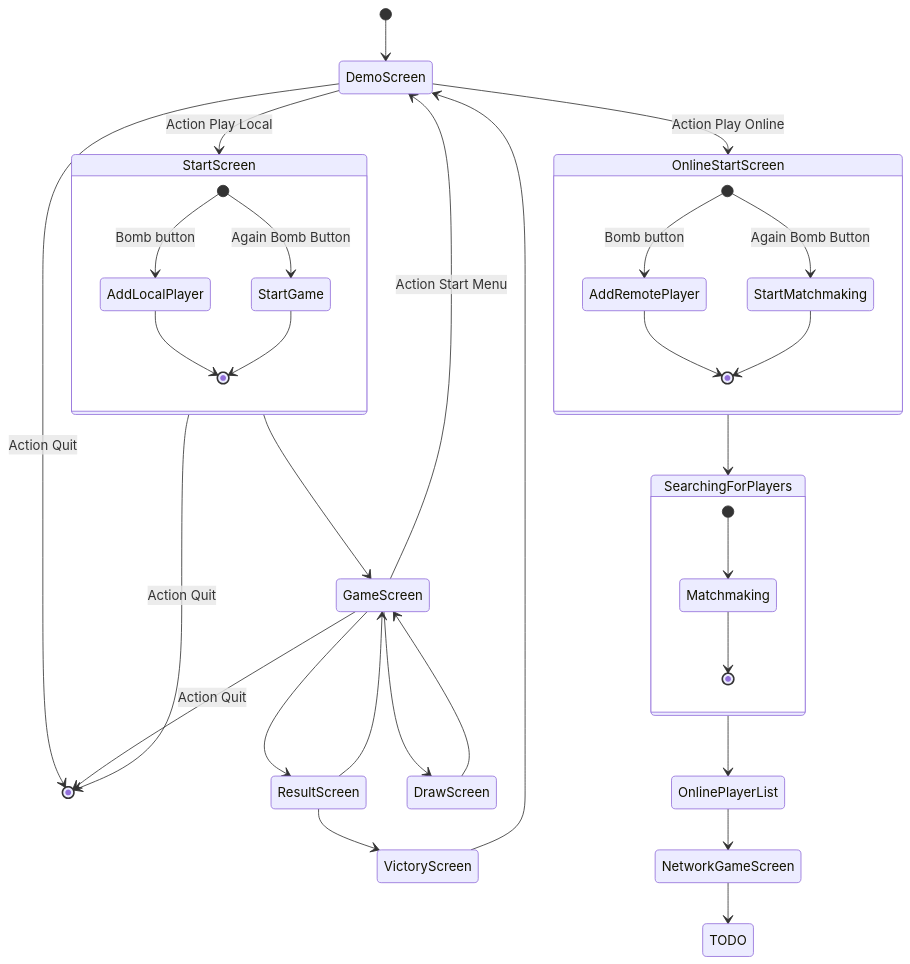
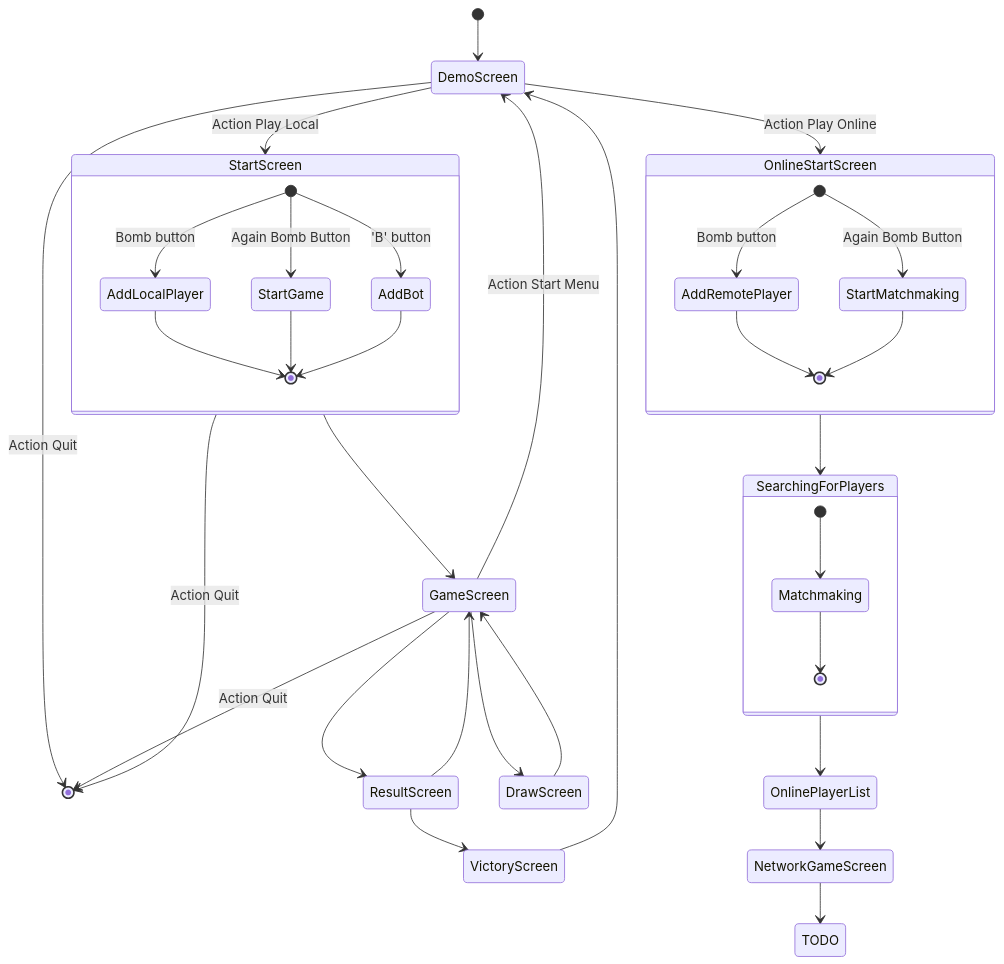
Before and after one commit to rinrab/MrBoom: the diagram in UWP/network-spec.md, drawn with Mermaid.

Commit message:
Add AddBot to states graph

````diff
--- a/UWP/network-spec.md
+++ b/UWP/network-spec.md
@@ -59,42 +59,44 @@
 ```mermaid
     stateDiagram-v2
     [*] --> DemoScreen
     DemoScreen --> OnlineStartScreen : Action Play Online
     DemoScreen --> StartScreen : Action Play Local
     DemoScreen --> [*] : Action Quit
 
     state OnlineStartScreen {
         [*] --> AddRemotePlayer : Bomb button
         AddRemotePlayer --> [*]
         [*] --> StartMatchmaking : Again Bomb Button
         StartMatchmaking --> [*]
     }
     
     state StartScreen {
         [*] --> AddLocalPlayer : Bomb button
         AddLocalPlayer --> [*]
         [*] -->  StartGame: Again Bomb Button
         StartGame --> [*]
+        [*] --> AddBot: 'B' button
+        AddBot --> [*]
     }
 
     OnlineStartScreen --> SearchingForPlayers
     StartScreen --> GameScreen
     StartScreen --> [*]: Action Quit
     GameScreen --> ResultScreen
     GameScreen --> DrawScreen
     GameScreen --> DemoScreen: Action Start Menu
     GameScreen --> [*]: Action Quit
     ResultScreen --> VictoryScreen
     ResultScreen --> GameScreen
     VictoryScreen --> DemoScreen
     DrawScreen --> GameScreen
 
     state SearchingForPlayers {
         [*] --> Matchmaking
         Matchmaking --> [*]
     }
 
     SearchingForPlayers --> OnlinePlayerList
     OnlinePlayerList --> NetworkGameScreen
     NetworkGameScreen --> TODO
 ```
````
